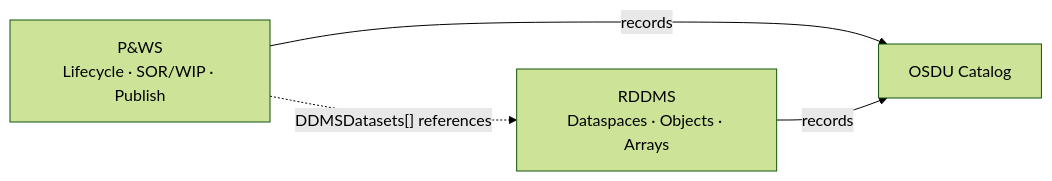
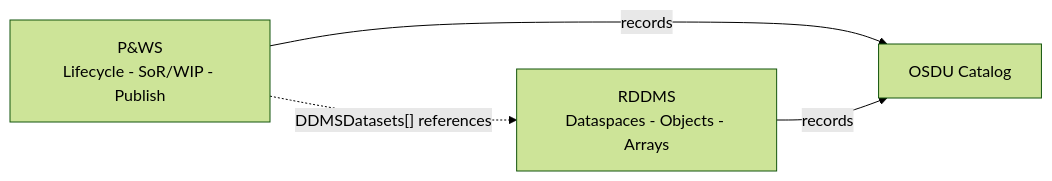
Before and after one commit to equinor/ores: the fourth of 6 diagrams in md/PWS.md, drawn with Mermaid (forest theme). The commit also changed other lines of this file and 3 other files, not shown here.

````diff
--- a/md/PWS.md
+++ b/md/PWS.md
@@ -127,6 +91,6 @@
 ```mermaid
 graph LR
-  PWS["P&WS<br/>Lifecycle · SOR/WIP · Publish"] -->|records| OSDU["OSDU Catalog"]
-  RDDMS["RDDMS<br/>Dataspaces · Objects · Arrays"] -->|records| OSDU
+  PWS["P&WS<br/>Lifecycle - SoR/WIP - Publish"] -->|records| OSDU["OSDU Catalog"]
+  RDDMS["RDDMS<br/>Dataspaces - Objects - Arrays"] -->|records| OSDU
   PWS -.->|"DDMSDatasets[] references"| RDDMS
 ```
````
